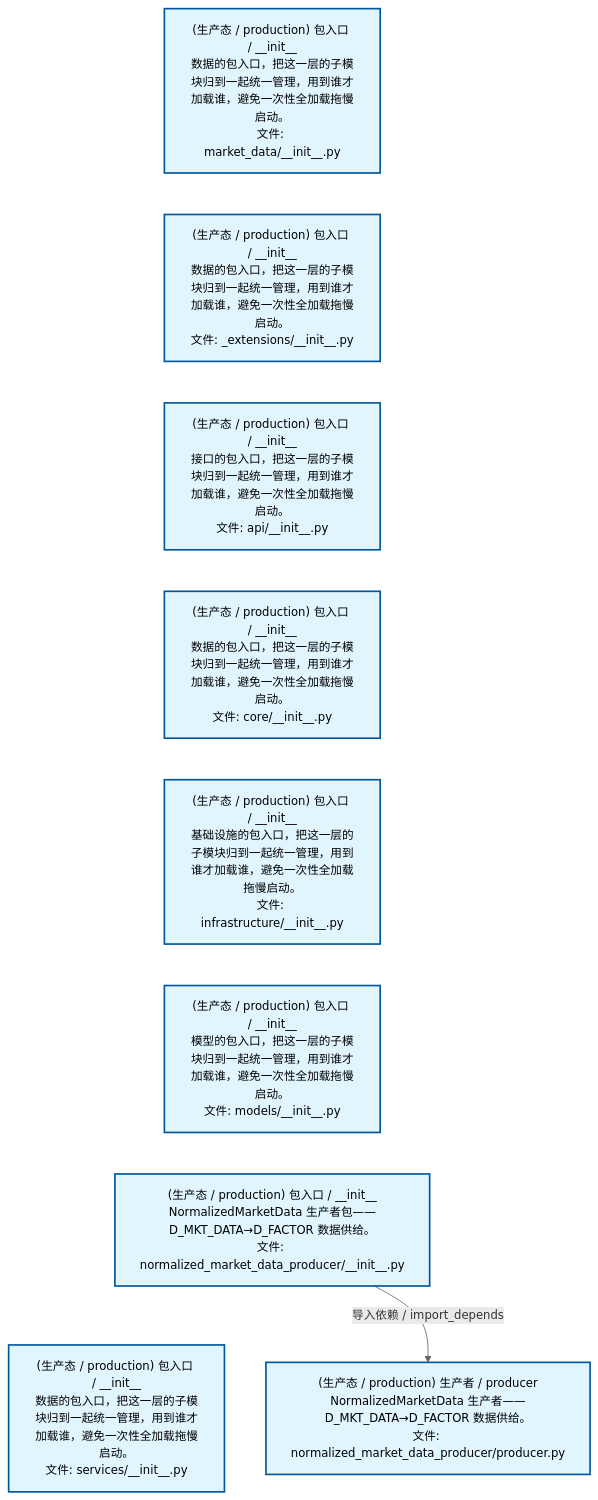
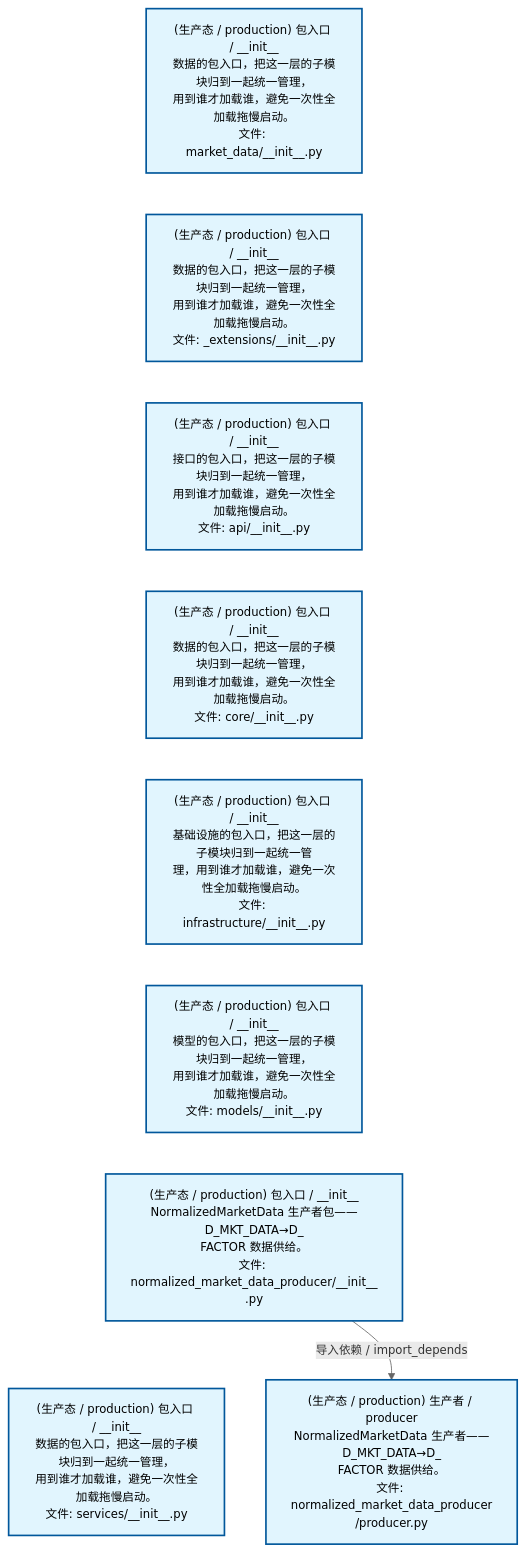
One commit to xuanFelixVan/ZephyrAlpha changed the second of 4 diagrams in docs/02_enterprise_architecture/02_domain_architecture_docs/23_d_mkt_data.md. Above: the diagram before and after it, drawn with Mermaid. The commit also changed other lines of this file and 61 other files, not shown here.

````diff
--- a/docs/02_enterprise_architecture/02_domain_architecture_docs/23_d_mkt_data.md
+++ b/docs/02_enterprise_architecture/02_domain_architecture_docs/23_d_mkt_data.md
@@ -112,26 +112,26 @@
 ```mermaid
 %%{init: {'theme': 'base', 'themeVariables': {'primaryColor': '#eaeaea', 'primaryTextColor': '#333333', 'primaryBorderColor': '#666666', 'lineColor': '#666666', 'secondaryColor': '#eaeaea', 'tertiaryColor': '#eaeaea', 'fontSize': '14px'}}}%%
 flowchart TD
-    src_zephyr_market_data_init_py["(生产态 / production) 包入口 / __init__<br/>数据的包入口，把这一层的子模块归到一起统一管理，用到谁才加载谁，避免一次性全加载拖慢启动。<br/>文件: market_data/__init__.py"]
-    src_zephyr_market_data_extensions_init_py["(生产态 / production) 包入口 / __init__<br/>数据的包入口，把这一层的子模块归到一起统一管理，用到谁才加载谁，避免一次性全加载拖慢启动。<br/>文件: _extensions/__init__.py"]
-    src_zephyr_market_data_api_init_py["(生产态 / production) 包入口 / __init__<br/>接口的包入口，把这一层的子模块归到一起统一管理，用到谁才加载谁，避免一次性全加载拖慢启动。<br/>文件: api/__init__.py"]
-    src_zephyr_market_data_core_init_py["(生产态 / production) 包入口 / __init__<br/>数据的包入口，把这一层的子模块归到一起统一管理，用到谁才加载谁，避免一次性全加载拖慢启动。<br/>文件: core/__init__.py"]
-    src_zephyr_market_data_infrastructure_init_py["(生产态 / production) 包入口 / __init__<br/>基础设施的包入口，把这一层的子模块归到一起统一管理，用到谁才加载谁，避免一次性全加载拖慢启动。<br/>文件: infrastructure/__init__.py"]
-    src_zephyr_market_data_models_init_py["(生产态 / production) 包入口 / __init__<br/>模型的包入口，把这一层的子模块归到一起统一管理，用到谁才加载谁，避免一次性全加载拖慢启动。<br/>文件: models/__init__.py"]
-    src_zephyr_market_data_normalized_market_data_producer_init_py["(生产态 / production) 包入口 / __init__<br/>NormalizedMarketData 生产者包——D_MKT_DATA→D_FACTOR 数据供给。<br/>文件: normalized_market_data_producer/__init__.py"]
-    src_zephyr_market_data_services_init_py["(生产态 / production) 包入口 / __init__<br/>数据的包入口，把这一层的子模块归到一起统一管理，用到谁才加载谁，避免一次性全加载拖慢启动。<br/>文件: services/__init__.py"]
+    src_zephyr_market_data_init_py["(生产态 / production) 包入口 / __init__<br/>数据的包入口，把这一层的子模块归到一起统一管理，<br/>用到谁才加载谁，避免一次性全加载拖慢启动。<br/>文件: market_data/__init__.py"]
+    src_zephyr_market_data_extensions_init_py["(生产态 / production) 包入口 / __init__<br/>数据的包入口，把这一层的子模块归到一起统一管理，<br/>用到谁才加载谁，避免一次性全加载拖慢启动。<br/>文件: _extensions/__init__.py"]
+    src_zephyr_market_data_api_init_py["(生产态 / production) 包入口 / __init__<br/>接口的包入口，把这一层的子模块归到一起统一管理，<br/>用到谁才加载谁，避免一次性全加载拖慢启动。<br/>文件: api/__init__.py"]
+    src_zephyr_market_data_core_init_py["(生产态 / production) 包入口 / __init__<br/>数据的包入口，把这一层的子模块归到一起统一管理，<br/>用到谁才加载谁，避免一次性全加载拖慢启动。<br/>文件: core/__init__.py"]
+    src_zephyr_market_data_infrastructure_init_py["(生产态 / production) 包入口 / __init__<br/>基础设施的包入口，把这一层的子模块归到一起统一管<br/>理，用到谁才加载谁，避免一次性全加载拖慢启动。<br/>文件: infrastructure/__init__.py"]
+    src_zephyr_market_data_models_init_py["(生产态 / production) 包入口 / __init__<br/>模型的包入口，把这一层的子模块归到一起统一管理，<br/>用到谁才加载谁，避免一次性全加载拖慢启动。<br/>文件: models/__init__.py"]
+    src_zephyr_market_data_normalized_market_data_producer_init_py["(生产态 / production) 包入口 / __init__<br/>NormalizedMarketData 生产者包——D_MKT_DATA→D_<br/>FACTOR 数据供给。<br/>文件: normalized_market_data_producer/__init__<br/>.py"]
+    src_zephyr_market_data_services_init_py["(生产态 / production) 包入口 / __init__<br/>数据的包入口，把这一层的子模块归到一起统一管理，<br/>用到谁才加载谁，避免一次性全加载拖慢启动。<br/>文件: services/__init__.py"]
     src_zephyr_market_data_init_py ~~~ src_zephyr_market_data_extensions_init_py
     src_zephyr_market_data_extensions_init_py ~~~ src_zephyr_market_data_api_init_py
     src_zephyr_market_data_api_init_py ~~~ src_zephyr_market_data_core_init_py
     src_zephyr_market_data_core_init_py ~~~ src_zephyr_market_data_infrastructure_init_py
     src_zephyr_market_data_infrastructure_init_py ~~~ src_zephyr_market_data_models_init_py
     src_zephyr_market_data_models_init_py ~~~ src_zephyr_market_data_normalized_market_data_producer_init_py
     src_zephyr_market_data_normalized_market_data_producer_init_py ~~~ src_zephyr_market_data_services_init_py
-    src_zephyr_market_data_normalized_market_data_producer_producer_py["(生产态 / production) 生产者 / producer<br/>NormalizedMarketData 生产者——D_MKT_DATA→D_FACTOR 数据供给。<br/>文件: normalized_market_data_producer/producer.py"]
+    src_zephyr_market_data_normalized_market_data_producer_producer_py["(生产态 / production) 生产者 / producer<br/>NormalizedMarketData 生产者——D_MKT_DATA→D_<br/>FACTOR 数据供给。<br/>文件: normalized_market_data_producer<br/>/producer.py"]
     src_zephyr_market_data_normalized_market_data_producer_init_py -->|导入依赖 / import_depends| src_zephyr_market_data_normalized_market_data_producer_producer_py
     classDef production fill:#e1f5fe,stroke:#01579b,stroke-width:2px,color:#000
     classDef design fill:#fff3e0,stroke:#e65100,stroke-width:2px,color:#000,stroke-dasharray: 5 5
     classDef external_prod fill:#e8f4fd,stroke:#0277bd,stroke-width:1px,color:#000
     classDef external_design fill:#fff8e7,stroke:#ef6c00,stroke-width:1px,color:#000,stroke-dasharray: 5 5
     class src_zephyr_market_data_init_py,src_zephyr_market_data_extensions_init_py,src_zephyr_market_data_api_init_py,src_zephyr_market_data_core_init_py,src_zephyr_market_data_infrastructure_init_py,src_zephyr_market_data_models_init_py,src_zephyr_market_data_normalized_market_data_producer_init_py,src_zephyr_market_data_normalized_market_data_producer_producer_py,src_zephyr_market_data_services_init_py production
 ```
````
